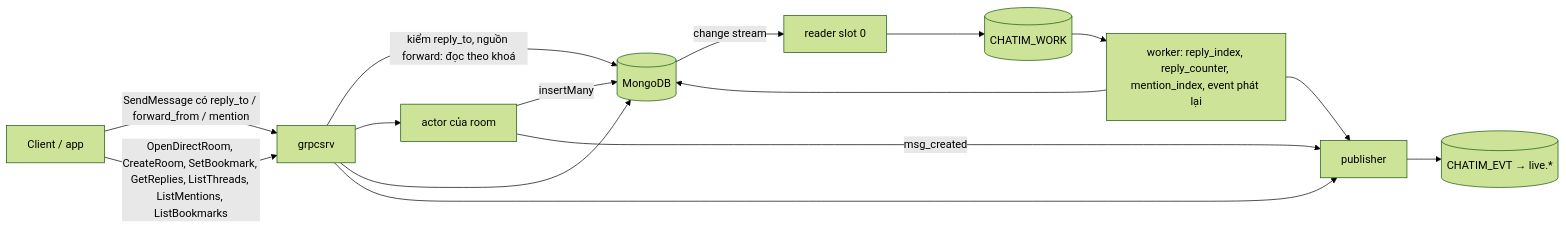
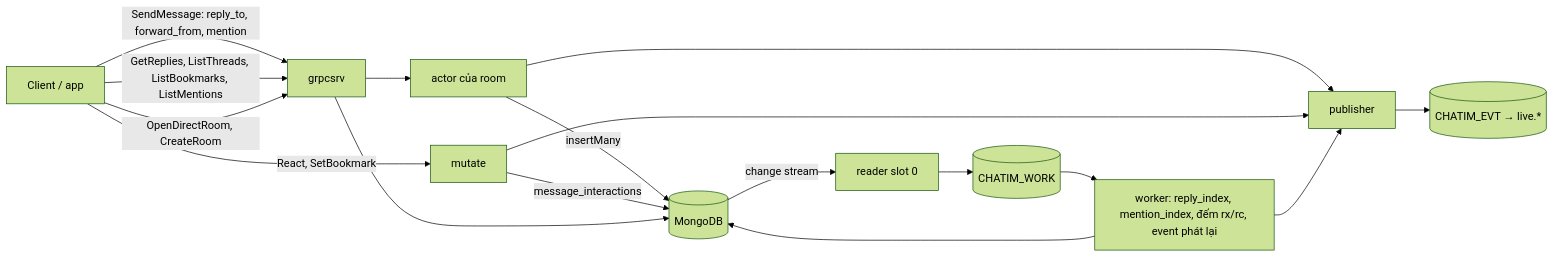
The first of 5 diagrams in docs/plans/2026-10-10-m2c-threads-mentions-summary.md (ivannguyendev/chatim), drawn with Mermaid (forest theme) before and after one commit. The commit also changed other lines of this file and 2 other files, not shown here.

First line of the commit message:
docs: model M2c message links as interactions and mentions

````diff
--- a/docs/plans/2026-10-10-m2c-threads-mentions-summary.md
+++ b/docs/plans/2026-10-10-m2c-threads-mentions-summary.md
@@ -41,17 +42,19 @@
 ```mermaid
 flowchart LR
-  C[Client / app] -->|SendMessage có reply_to / forward_from / mention| G[grpcsrv]
-  G -->|kiểm reply_to, nguồn forward: đọc theo khoá| M[(MongoDB)]
+  C[Client / app] -->|SendMessage: reply_to, forward_from, mention| G[grpcsrv]
+  C -->|React, SetBookmark| MU[mutate]
+  C -->|GetReplies, ListThreads, ListBookmarks, ListMentions| G
+  C -->|OpenDirectRoom, CreateRoom| G
   G --> A[actor của room]
-  A -->|insertMany| M
-  A -->|msg_created| P[publisher]
-  C -->|OpenDirectRoom, CreateRoom, SetBookmark, GetReplies, ListThreads, ListMentions, ListBookmarks| G
+  A -->|insertMany| M[(MongoDB)]
+  MU -->|message_interactions| M
   G --> M
-  G --> P
+  A --> P[publisher]
+  MU --> P
   M -->|change stream| R[reader slot 0]
   R --> W[(CHATIM_WORK)]
-  W --> WK[worker: reply_index, reply_counter, mention_index, event phát lại]
+  W --> WK[worker: reply_index, mention_index, đếm rx/rc, event phát lại]
   WK --> M
   WK --> P
   P --> E[(CHATIM_EVT → live.*)]
 ```
````
